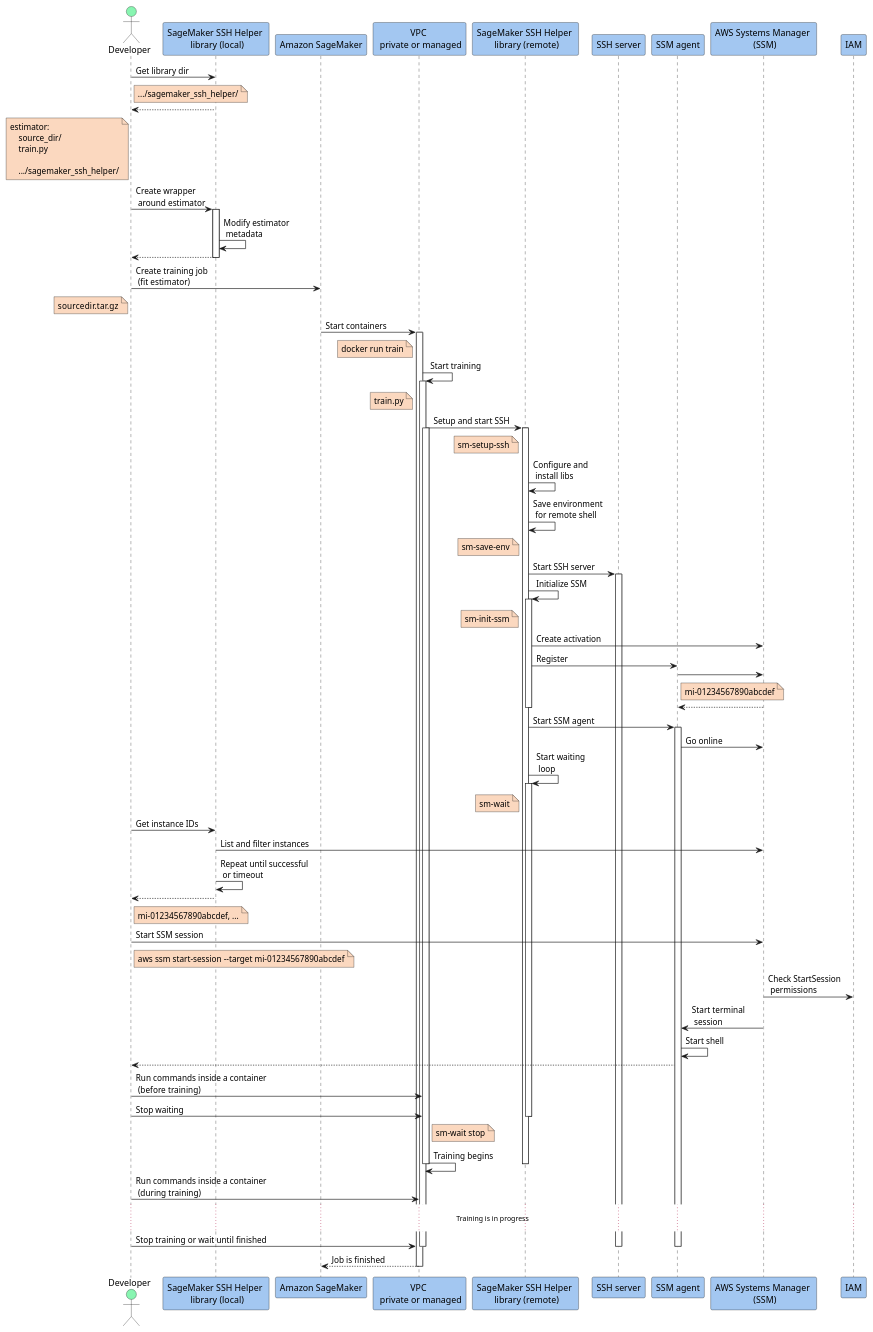
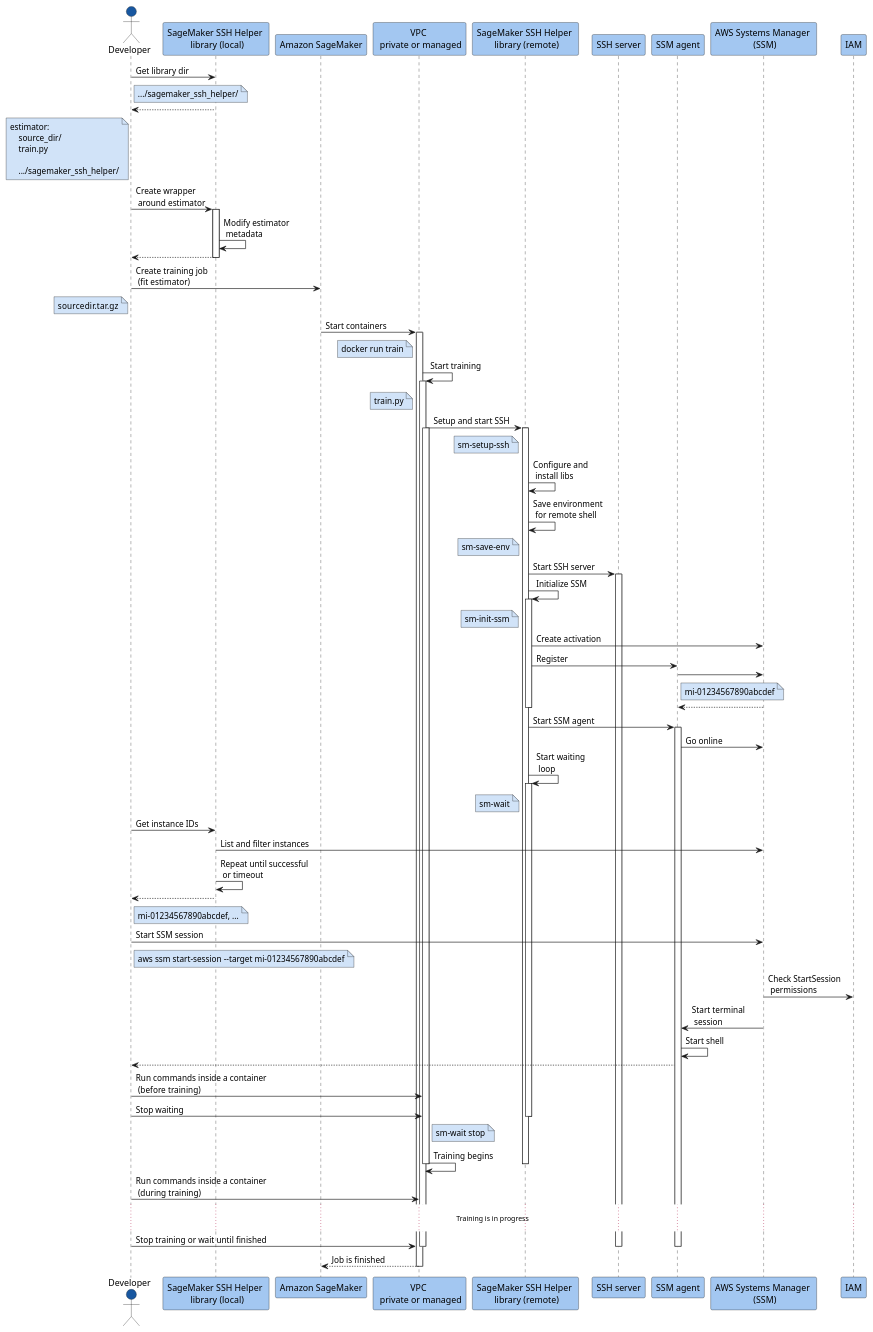
Before and after one commit to aws-samples/sagemaker-ssh-helper: the diagram in uml/Flow_Train_SSM.puml, drawn with PlantUML. The commit also changed 5 other files, not shown here.

```diff
--- a/uml/Flow_Train_SSM.puml
+++ b/uml/Flow_Train_SSM.puml
@@ -3,144 +3,144 @@
 @startuml
-skinparam ActorBackgroundColor #88F5B1
+skinparam ActorBackgroundColor #1857A0
 skinparam ParticipantBackgroundColor #A3C7F1
-skinparam NoteBackgroundColor #FBD8BF
+skinparam NoteBackgroundColor #D1E3F8
 
 actor Developer as dev
 participant "SageMaker SSH Helper \n library (local)" as sm_ssh_helper_local
 participant "Amazon SageMaker" as sagemaker
 participant "VPC \n private or managed" as vpc
 participant "SageMaker SSH Helper \n library (remote)" as sm_ssh_helper_remote
 participant "SSH server" as ssh
 participant "SSM agent" as ssm_agent
 participant "AWS Systems Manager \n (SSM)" as ssm
 participant "IAM" as iam
 
 dev -> sm_ssh_helper_local: Get library dir
 
 note right of dev
 .../sagemaker_ssh_helper/
 end note
 
 return
 
 
 note left of dev
 estimator:
     source_dir/
     train.py
 
     .../sagemaker_ssh_helper/
 end note
 
 dev -> sm_ssh_helper_local: Create wrapper \n around estimator
 activate sm_ssh_helper_local
 sm_ssh_helper_local -> sm_ssh_helper_local: Modify estimator \n metadata
 return
 deactivate sm_ssh_helper_local
 
 dev -> sagemaker: Create training job \n (fit estimator)
 note left of dev
 sourcedir.tar.gz
 end note
 
 sagemaker -> vpc: Start containers
 note left vpc
 docker run train
 end note
 
 activate vpc
 
 vpc -> vpc: Start training
 note left vpc
 train.py
 end note
 activate vpc
 
 vpc -> sm_ssh_helper_remote: Setup and start SSH
 note left sm_ssh_helper_remote
 sm-setup-ssh
 end note
 activate vpc
 
 activate sm_ssh_helper_remote
 
 sm_ssh_helper_remote -> sm_ssh_helper_remote: Configure and \n install libs
 sm_ssh_helper_remote -> sm_ssh_helper_remote: Save environment \n for remote shell
 note left sm_ssh_helper_remote
 sm-save-env
 end note
 
 sm_ssh_helper_remote -> ssh: Start SSH server
 activate ssh
 
 sm_ssh_helper_remote -> sm_ssh_helper_remote: Initialize SSM
 activate sm_ssh_helper_remote
 note left sm_ssh_helper_remote
 sm-init-ssm
 end note
 sm_ssh_helper_remote -> ssm: Create activation
 sm_ssh_helper_remote -> ssm_agent: Register
 ssm_agent -> ssm:
 note right ssm_agent
 mi-01234567890abcdef
 end note
 ssm --> ssm_agent:
 deactivate sm_ssh_helper_remote
 
 sm_ssh_helper_remote -> ssm_agent: Start SSM agent
 activate ssm_agent
 ssm_agent -> ssm: Go online
 
 
 sm_ssh_helper_remote -> sm_ssh_helper_remote: Start waiting \n loop
 activate sm_ssh_helper_remote
 note left sm_ssh_helper_remote
 sm-wait
 end note
 
 dev -> sm_ssh_helper_local: Get instance IDs
 sm_ssh_helper_local -> ssm: List and filter instances
 sm_ssh_helper_local -> sm_ssh_helper_local: Repeat until successful \n or timeout
 sm_ssh_helper_local --> dev
 note right dev
 mi-01234567890abcdef, ...
 end note
 
 dev -> ssm: Start SSM session
 note right dev
 aws ssm start-session --target mi-01234567890abcdef
 end note
 
 ssm -> iam: Check StartSession \n permissions
 ssm -> ssm_agent: Start terminal \n session
 ssm_agent -> ssm_agent: Start shell
 ssm_agent --> dev:
 dev -> vpc: Run commands inside a container \n (before training)
 
 dev -> vpc: Stop waiting
 note right vpc
 sm-wait stop
 end note
 deactivate sm_ssh_helper_remote
 
 vpc -> vpc: Training begins
 deactivate vpc
 
 deactivate sm_ssh_helper_remote
 
 dev -> vpc: Run commands inside a container \n (during training)
 
 ...Training is in progress...
 dev -> vpc: Stop training or wait until finished
 
 deactivate ssh
 
 deactivate ssh
 deactivate ssm_agent
 deactivate vpc
 
 vpc --> sagemaker: Job is finished
 deactivate vpc
 deactivate sm_ssh_helper_local
 
 @enduml
```
